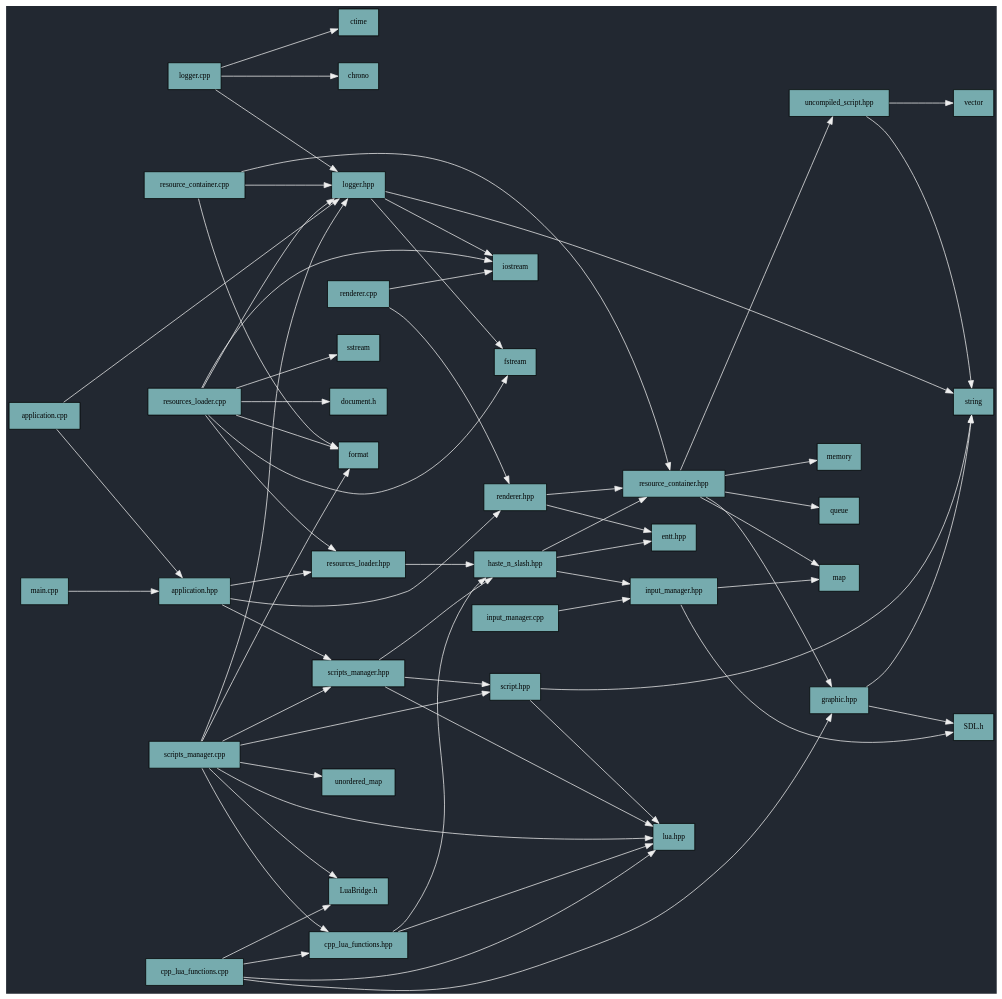
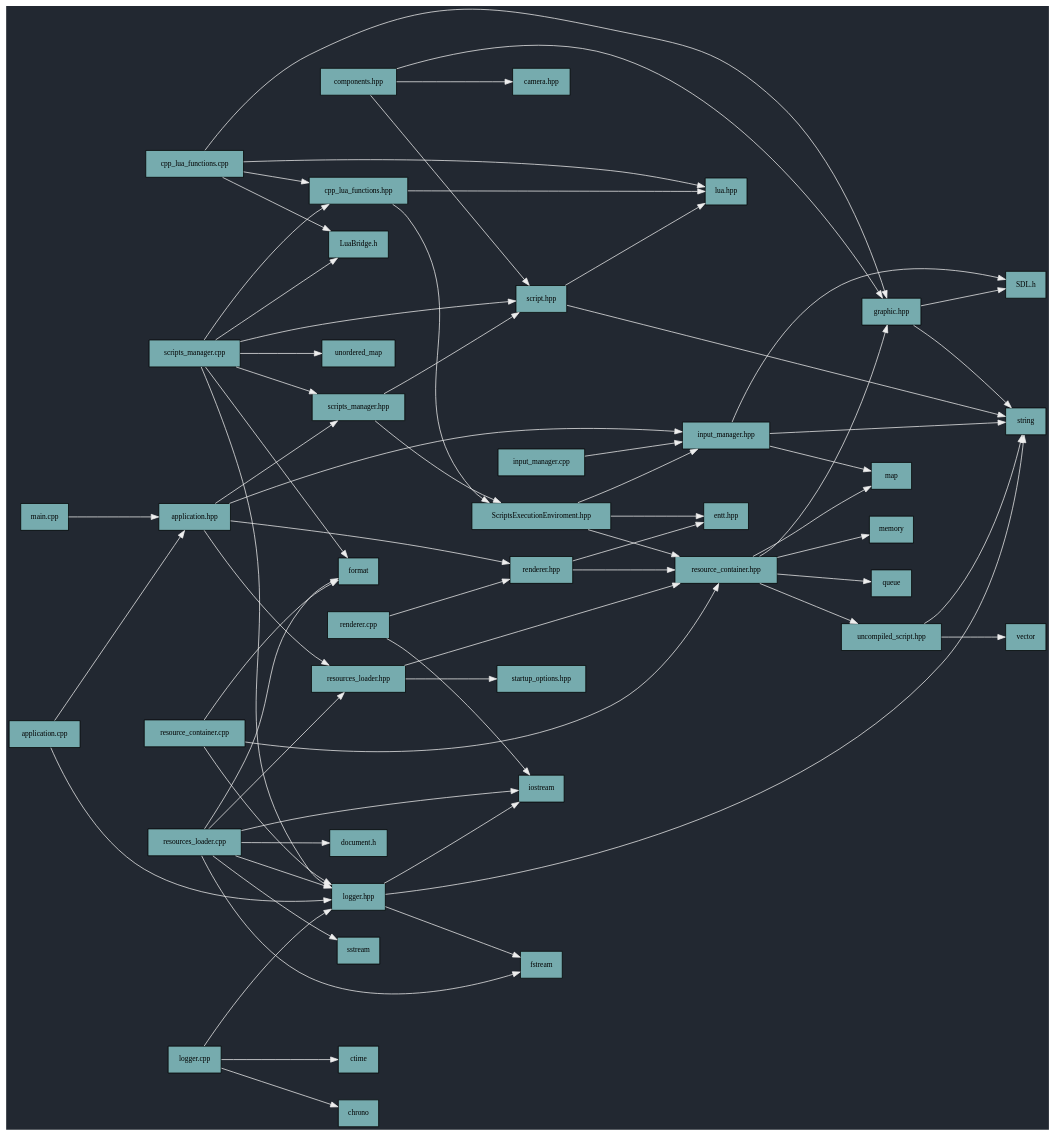
Before and after one commit to MichailS-000/Haste_n_Slash: the diagram in include_graph/graph.dot, drawn with Graphviz. The commit also changed 14 other files, not shown here.

```diff
--- a/include_graph/graph.dot
+++ b/include_graph/graph.dot
@@ -1,69 +1,73 @@
 digraph IncludeHierarchy {
   rankdir=LR;
   nodesep=0.5;
   ranksep=1.2;
   bgcolor="#222831";
   node [shape=box, style=filled, fillcolor="#76ABAE", fontsize=10];
   edge [color="#EEEEEE"];
-  "logger.cpp" -> "ctime";
-  "logger.cpp" -> "logger.hpp";
-  "logger.cpp" -> "chrono";
   "application.cpp" -> "logger.hpp";
   "application.cpp" -> "application.hpp";
   "application.hpp" -> "renderer.hpp";
   "application.hpp" -> "resources_loader.hpp";
+  "application.hpp" -> "input_manager.hpp";
   "application.hpp" -> "scripts_manager.hpp";
-  "scripts_manager.hpp" -> "haste_n_slash.hpp";
+  "ScriptsExecutionEnviroment.hpp" -> "entt.hpp";
+  "ScriptsExecutionEnviroment.hpp" -> "resource_container.hpp";
+  "ScriptsExecutionEnviroment.hpp" -> "input_manager.hpp";
+  "components.hpp" -> "camera.hpp";
+  "components.hpp" -> "graphic.hpp";
+  "components.hpp" -> "script.hpp";
+  "scripts_manager.hpp" -> "ScriptsExecutionEnviroment.hpp";
   "scripts_manager.hpp" -> "script.hpp";
-  "scripts_manager.hpp" -> "lua.hpp";
   "input_manager.hpp" -> "map";
+  "input_manager.hpp" -> "string";
   "input_manager.hpp" -> "SDL.h";
   "graphic.hpp" -> "SDL.h";
   "graphic.hpp" -> "string";
   "scripts_manager.cpp" -> "scripts_manager.hpp";
   "scripts_manager.cpp" -> "script.hpp";
   "scripts_manager.cpp" -> "logger.hpp";
-  "scripts_manager.cpp" -> "lua.hpp";
   "scripts_manager.cpp" -> "cpp_lua_functions.hpp";
   "scripts_manager.cpp" -> "format";
   "scripts_manager.cpp" -> "unordered_map";
   "scripts_manager.cpp" -> "LuaBridge.h";
   "input_manager.cpp" -> "input_manager.hpp";
   "script.hpp" -> "string";
   "script.hpp" -> "lua.hpp";
-  "haste_n_slash.hpp" -> "entt.hpp";
-  "haste_n_slash.hpp" -> "resource_container.hpp";
-  "haste_n_slash.hpp" -> "input_manager.hpp";
+  "logger.cpp" -> "ctime";
+  "logger.cpp" -> "logger.hpp";
+  "logger.cpp" -> "chrono";
   "logger.hpp" -> "fstream";
   "logger.hpp" -> "iostream";
   "logger.hpp" -> "string";
   "uncompiled_script.hpp" -> "vector";
   "uncompiled_script.hpp" -> "string";
   "resource_container.hpp" -> "map";
   "resource_container.hpp" -> "memory";
   "resource_container.hpp" -> "queue";
   "resource_container.hpp" -> "graphic.hpp";
   "resource_container.hpp" -> "uncompiled_script.hpp";
   "main.cpp" -> "application.hpp";
   "renderer.cpp" -> "renderer.hpp";
   "renderer.cpp" -> "iostream";
   "renderer.hpp" -> "entt.hpp";
   "renderer.hpp" -> "resource_container.hpp";
   "resources_loader.cpp" -> "document.h";
   "resources_loader.cpp" -> "format";
   "resources_loader.cpp" -> "sstream";
   "resources_loader.cpp" -> "resources_loader.hpp";
   "resources_loader.cpp" -> "logger.hpp";
   "resources_loader.cpp" -> "iostream";
   "resources_loader.cpp" -> "fstream";
-  "resources_loader.hpp" -> "haste_n_slash.hpp";
+  "resources_loader.hpp" -> "startup_options.hpp";
+  "resources_loader.hpp" -> "resource_container.hpp";
   "resource_container.cpp" -> "logger.hpp";
   "resource_container.cpp" -> "resource_container.hpp";
   "resource_container.cpp" -> "format";
   "cpp_lua_functions.cpp" -> "lua.hpp";
   "cpp_lua_functions.cpp" -> "cpp_lua_functions.hpp";
   "cpp_lua_functions.cpp" -> "graphic.hpp";
   "cpp_lua_functions.cpp" -> "LuaBridge.h";
-  "cpp_lua_functions.hpp" -> "haste_n_slash.hpp";
+  "cpp_lua_functions.hpp" -> "ScriptsExecutionEnviroment.hpp";
   "cpp_lua_functions.hpp" -> "lua.hpp";
 }
```
